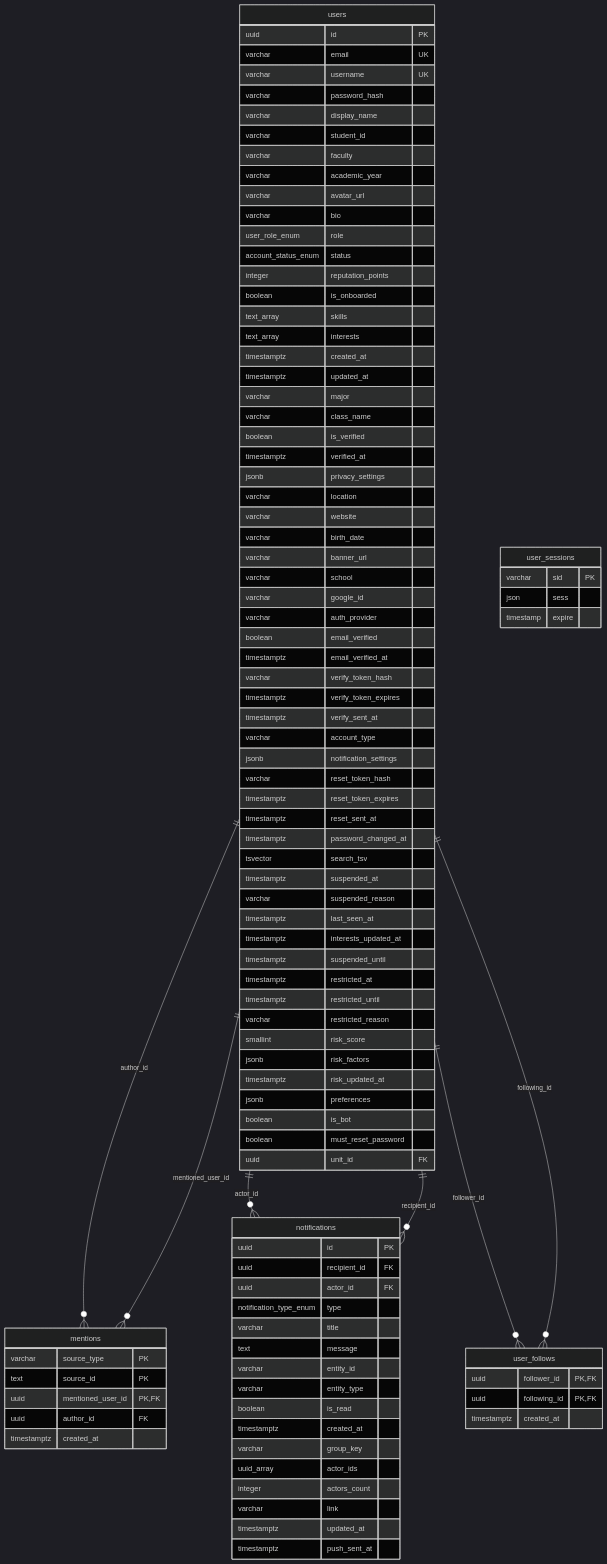
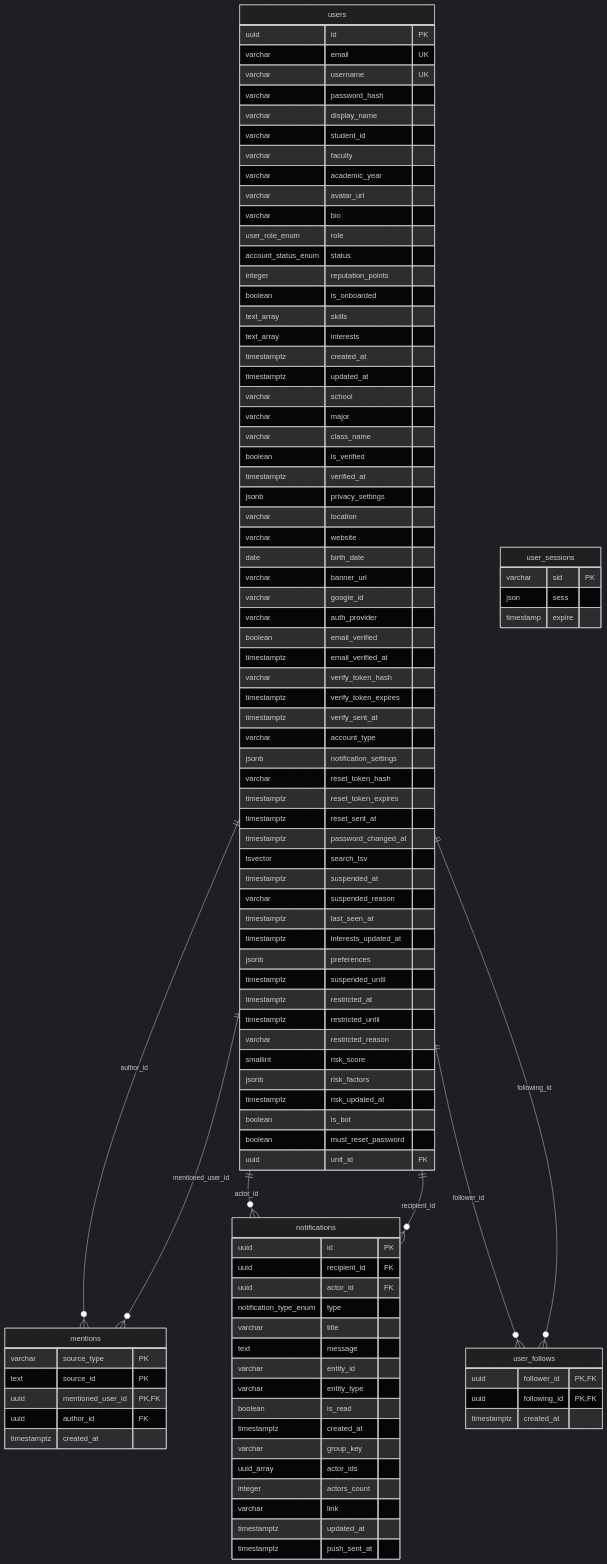
One commit to nhatcoi/pu-connect changed the second of 7 diagrams in docs/diagrams/04-erd.md. Above: the diagram before and after it, drawn with Mermaid (dark theme). The commit also changed other lines of this file and 103 other files, not shown here.

```diff
--- a/docs/diagrams/04-erd.md
+++ b/docs/diagrams/04-erd.md
@@ -147,6 +168,7 @@
     text_array interests
     timestamptz created_at
     timestamptz updated_at
+    varchar school
     varchar major
     varchar class_name
     boolean is_verified
@@ -154,9 +176,8 @@
     jsonb privacy_settings
     varchar location
     varchar website
-    varchar birth_date
+    date birth_date
     varchar banner_url
-    varchar school
     varchar google_id
     varchar auth_provider
     boolean email_verified
@@ -175,6 +196,7 @@
     varchar suspended_reason
     timestamptz last_seen_at
     timestamptz interests_updated_at
+    jsonb preferences
     timestamptz suspended_until
     timestamptz restricted_at
     timestamptz restricted_until
@@ -182,7 +204,6 @@
     smallint risk_score
     jsonb risk_factors
     timestamptz risk_updated_at
-    jsonb preferences
     boolean is_bot
     boolean must_reset_password
     uuid unit_id FK
```
